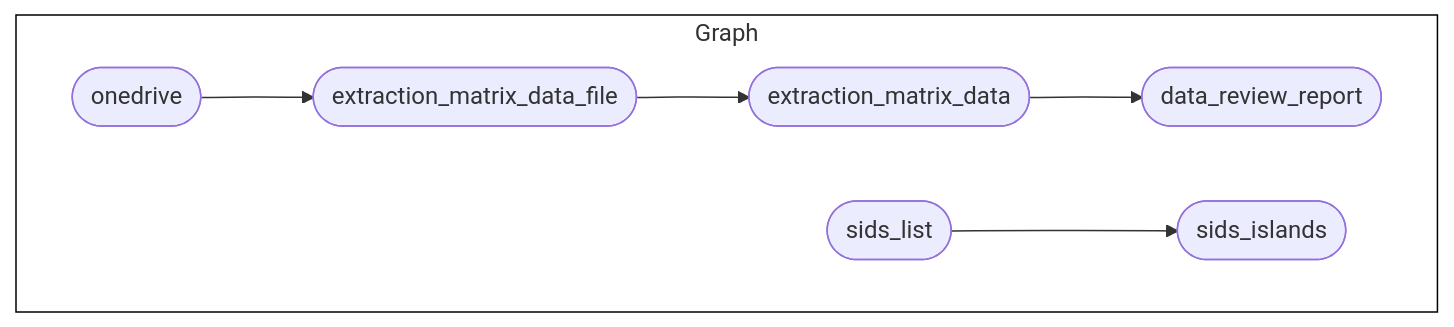
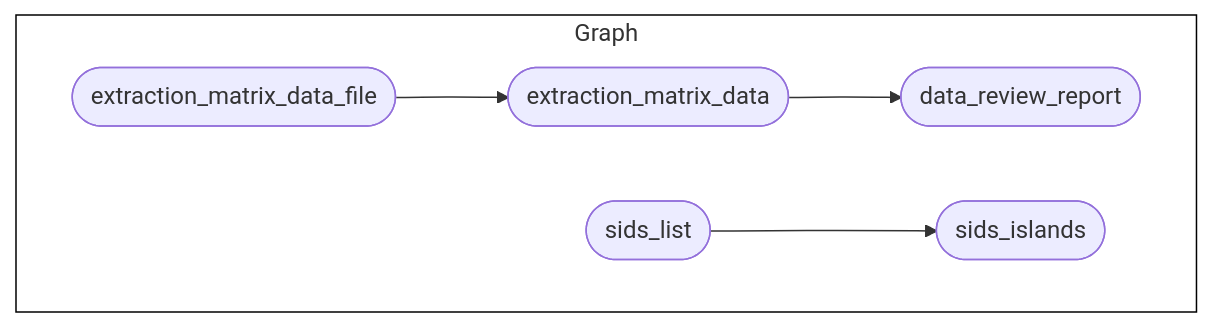
One commit to OxfordIHTM/sc-ca-qoc-review changed the diagram in README.md. Above: the diagram before and after it, drawn with Mermaid. The commit also changed other lines of this file and 1 other file, not shown here.

````diff
--- a/README.md
+++ b/README.md
@@ -122,12 +122,11 @@
 ``` mermaid
 graph LR
   style Graph fill:#FFFFFF00,stroke:#000000;
   subgraph Graph
     direction LR
     x302aac5a349e94c8(["extraction_matrix_data"]):::skipped --> xf69487b7eb1bdf74(["data_review_report"]):::skipped
     x81531a598a877851(["extraction_matrix_data_file"]):::completed --> x302aac5a349e94c8(["extraction_matrix_data"]):::skipped
-    xe0cbc1208781fad4(["onedrive"]):::skipped --> x81531a598a877851(["extraction_matrix_data_file"]):::completed
     xa1f98815230ee6ce(["sids_list"]):::skipped --> xe888894c32b82646(["sids_islands"]):::skipped
     
   end
 ```
````
